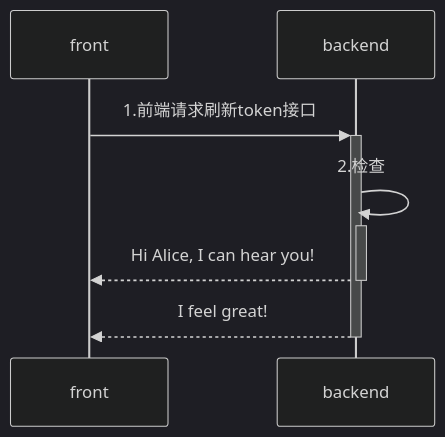
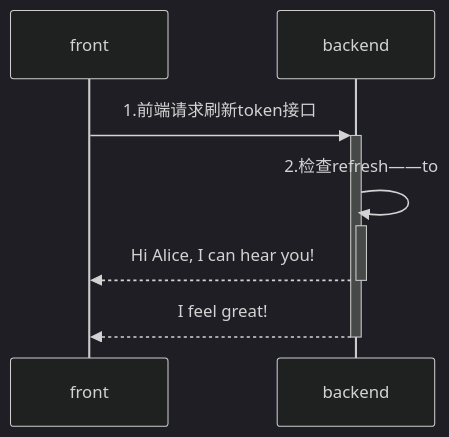
The diagram in all/未命名-4.md (yingjianzh/iodraw-files), drawn with Mermaid (dark theme) before and after one commit.

Commit message:
2024-08-02 17:40:53 update

````diff
--- a/all/未命名-4.md
+++ b/all/未命名-4.md
@@ -1,8 +1,8 @@
 ```mermaid
 sequenceDiagram
     front->>+backend: 1.前端请求刷新token接口
-    backend->>+backend: 2.检查
+    backend->>+backend: 2.检查refresh——to
     backend-->>-front: Hi Alice, I can hear you!
     backend-->>-front: I feel great!
             
 ```
````
